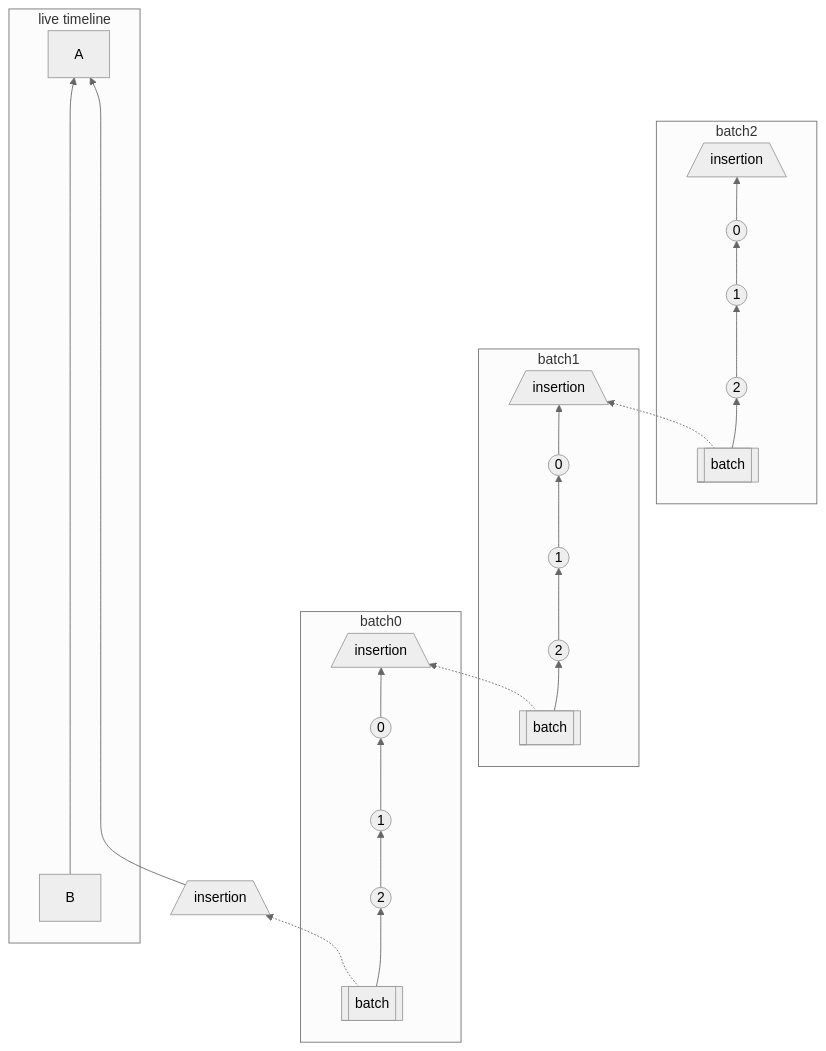
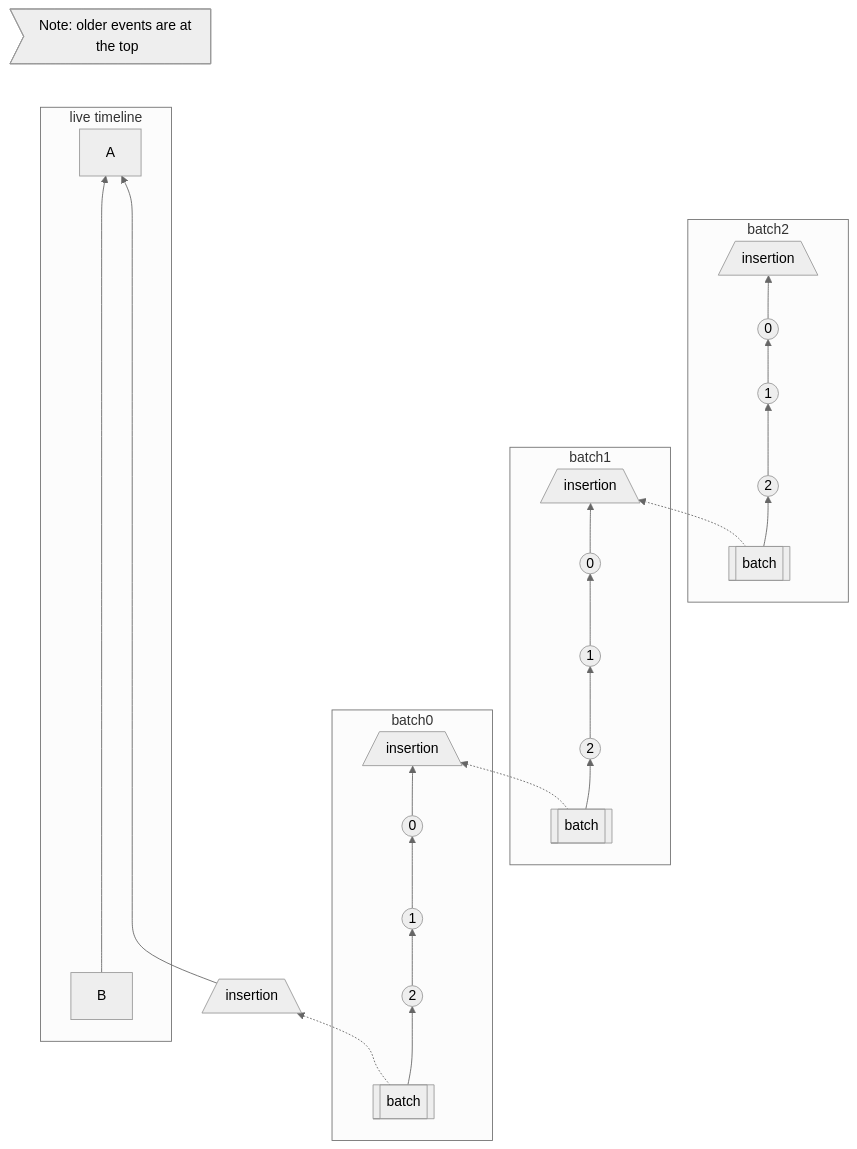
One commit to matrix-org/matrix-spec-proposals changed the first of 3 diagrams in proposals/2716-batch-send-historical-messages.md. Above: the diagram before and after it, drawn with Mermaid (neutral theme). The commit also changed other lines of this file, not shown here.

First line of the commit message:
Add annotation that older events are at the top of the graphs

````diff
--- a/proposals/2716-batch-send-historical-messages.md
+++ b/proposals/2716-batch-send-historical-messages.md
@@ -272,31 +272,34 @@
 ```mermaid
 flowchart BT
-    subgraph live timeline
+    A --- annotation1>"Note: older events are at the top"]
+    subgraph live [live timeline]
         B --------------------> A
     end
     
     subgraph batch0
         batch0-batch[["batch"]] --> batch0-2(("2")) --> batch0-1((1)) --> batch0-0((0)) --> batch0-insertion[/insertion\]
     end
 
     subgraph batch1
         batch1-batch[["batch"]] --> batch1-2(("2")) --> batch1-1((1)) --> batch1-0((0)) --> batch1-insertion[/insertion\]
     end
     
     subgraph batch2
         batch2-batch[["batch"]] --> batch2-2(("2")) --> batch2-1((1)) --> batch2-0((0)) --> batch2-insertion[/insertion\]
     end
 
     
     batch0-insertionBase[/insertion\] ---------------> A
     batch0-batch -.-> batch0-insertionBase[/insertion\]
     batch1-batch -.-> batch0-insertion
     batch2-batch -.-> batch1-insertion
 
 
     %% alignment links 
     batch2-insertion --- alignment1
     %% make the alignment links/nodes invisible
     style alignment1 visibility: hidden,color:transparent;
-    linkStyle 17 stroke-width:2px,fill:none,stroke:none;
+    linkStyle 18 stroke-width:2px,fill:none,stroke:none;
+    %% make the annotation links invisible
+    linkStyle 0 stroke-width:2px,fill:none,stroke:none;
 ```
````
